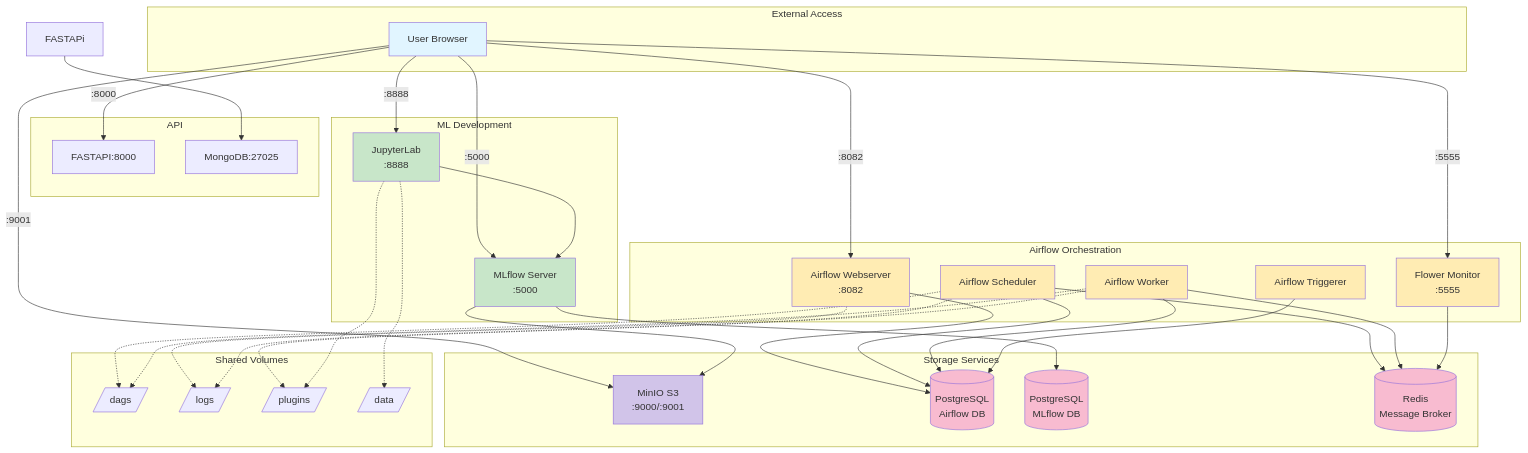
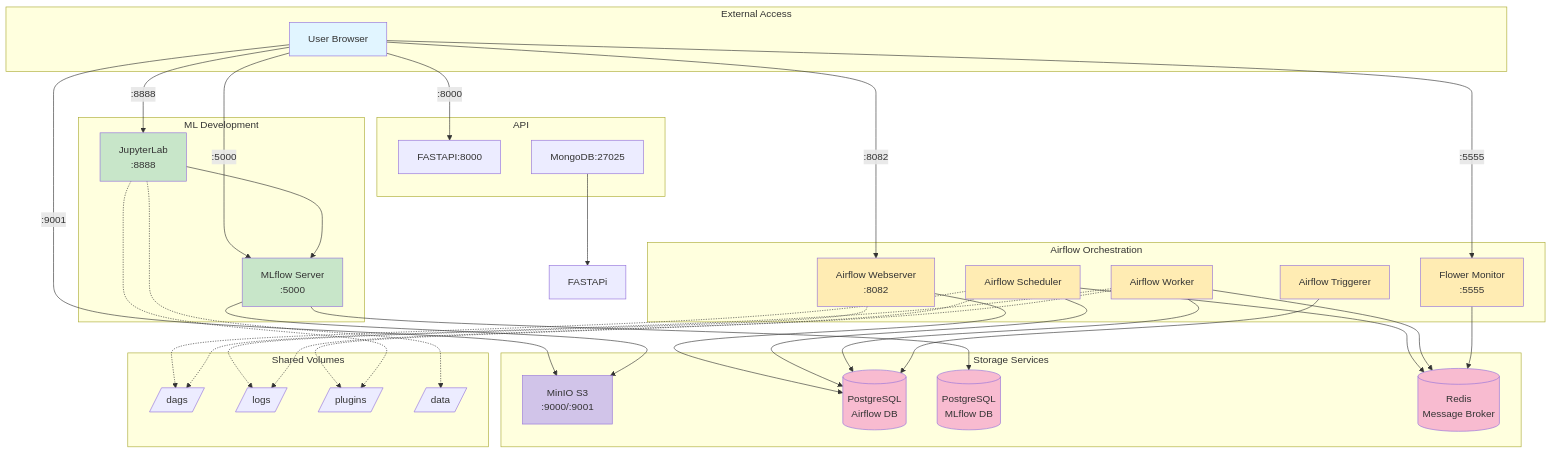
One commit to franck-roussel/MLops_Multiclass_Rakuten changed the diagram in README.md. Above: the diagram before and after it, drawn with Mermaid. The commit also changed other lines of this file, not shown here.

Commit message:
Revise README for clarity and corrections
Updated the README to enhance clarity and fix minor errors.

````diff
--- a/README.md
+++ b/README.md
@@ -7,80 +7,80 @@
 ```mermaid
 graph TB
     subgraph "External Access"
         USER[User Browser]
     end
 
     subgraph "API"
         FASTAPI[FASTAPI:8000]
         MongoDB[MongoDB:27025]
     end
 
     subgraph "Airflow Orchestration"
         WEBSERVER[Airflow Webserver<br/>:8082]
         SCHEDULER[Airflow Scheduler]
         WORKER[Airflow Worker]
         TRIGGERER[Airflow Triggerer]
         FLOWER[Flower Monitor<br/>:5555]
     end
 
     subgraph "ML Development"
         JUPYTER[JupyterLab<br/>:8888]
         MLFLOW[MLflow Server<br/>:5000]
     end
     
     subgraph "Storage Services"
         MINIO[MinIO S3<br/>:9000/:9001]
         POSTGRES_AF[(PostgreSQL<br/>Airflow DB)]
         POSTGRES_ML[(PostgreSQL<br/>MLflow DB)]
         REDIS[(Redis<br/>Message Broker)]
     end
     
     subgraph "Shared Volumes"
         DAGS[/dags/]
         LOGS[/logs/]
         PLUGINS[/plugins/]
         DATA[/data/]
     end
 
     USER -->|:8000| FASTAPI
     USER -->|:8082| WEBSERVER
     USER -->|:8888| JUPYTER
     USER -->|:5000| MLFLOW
     USER -->|:9001| MINIO
     USER -->|:5555| FLOWER
     
     
     WEBSERVER --> POSTGRES_AF
     SCHEDULER --> POSTGRES_AF
     SCHEDULER --> REDIS
     WORKER --> REDIS
     WORKER --> POSTGRES_AF
     TRIGGERER --> POSTGRES_AF
     FLOWER --> REDIS
-    FASTAPi --> MongoDB
+    MongoDB --> FASTAPi 
     
     MLFLOW --> POSTGRES_ML
     MLFLOW --> MINIO
     JUPYTER --> MLFLOW
     
     SCHEDULER -.-> DAGS
     WORKER -.-> DAGS
     WORKER -.-> PLUGINS
     WEBSERVER -.-> LOGS
     SCHEDULER -.-> LOGS
     JUPYTER -.-> DATA
     JUPYTER -.-> PLUGINS
     
     style USER fill:#e1f5ff
     style WEBSERVER fill:#ffecb3
     style SCHEDULER fill:#ffecb3
     style WORKER fill:#ffecb3
     style TRIGGERER fill:#ffecb3
     style FLOWER fill:#ffecb3
     style JUPYTER fill:#c8e6c9
     style MLFLOW fill:#c8e6c9
     style POSTGRES_AF fill:#f8bbd0
     style POSTGRES_ML fill:#f8bbd0
     style REDIS fill:#f8bbd0
     style MINIO fill:#d1c4e9
 ```
````
